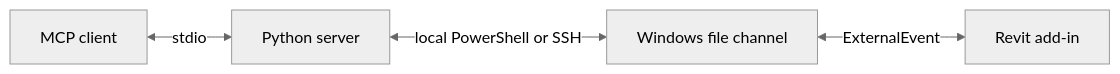
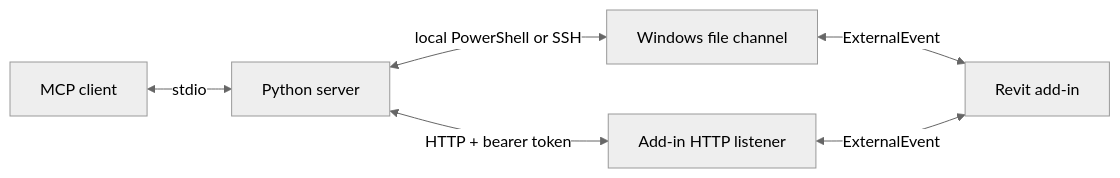
Before and after one commit to sharafutdinovdi/revit-model-mcp: the diagram in README.md, drawn with Mermaid (neutral theme). The commit also changed other lines of this file and 12 other files, not shown here.

Commit message:
feat(transport): add authenticated HTTP access to Revit workstations

````diff
--- a/README.md
+++ b/README.md
@@ -81,6 +102,8 @@
 ```mermaid
 flowchart LR
     Client[MCP client] <-->|stdio| Server[Python server]
     Server <-->|local PowerShell or SSH| Channel[Windows file channel]
     Channel <-->|ExternalEvent| Revit[Revit add-in]
+    Server <-->|HTTP + bearer token| Endpoint[Add-in HTTP listener]
+    Endpoint <-->|ExternalEvent| Revit
 ```
````
